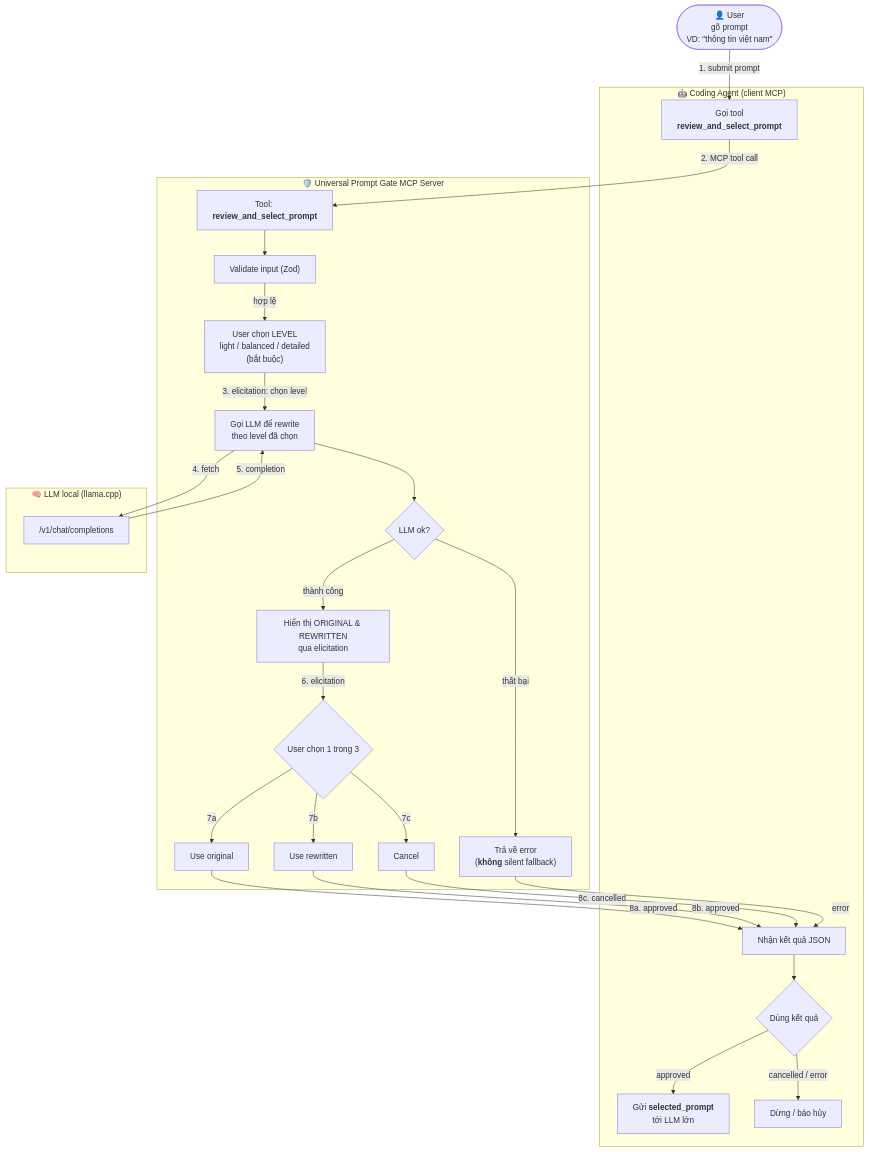
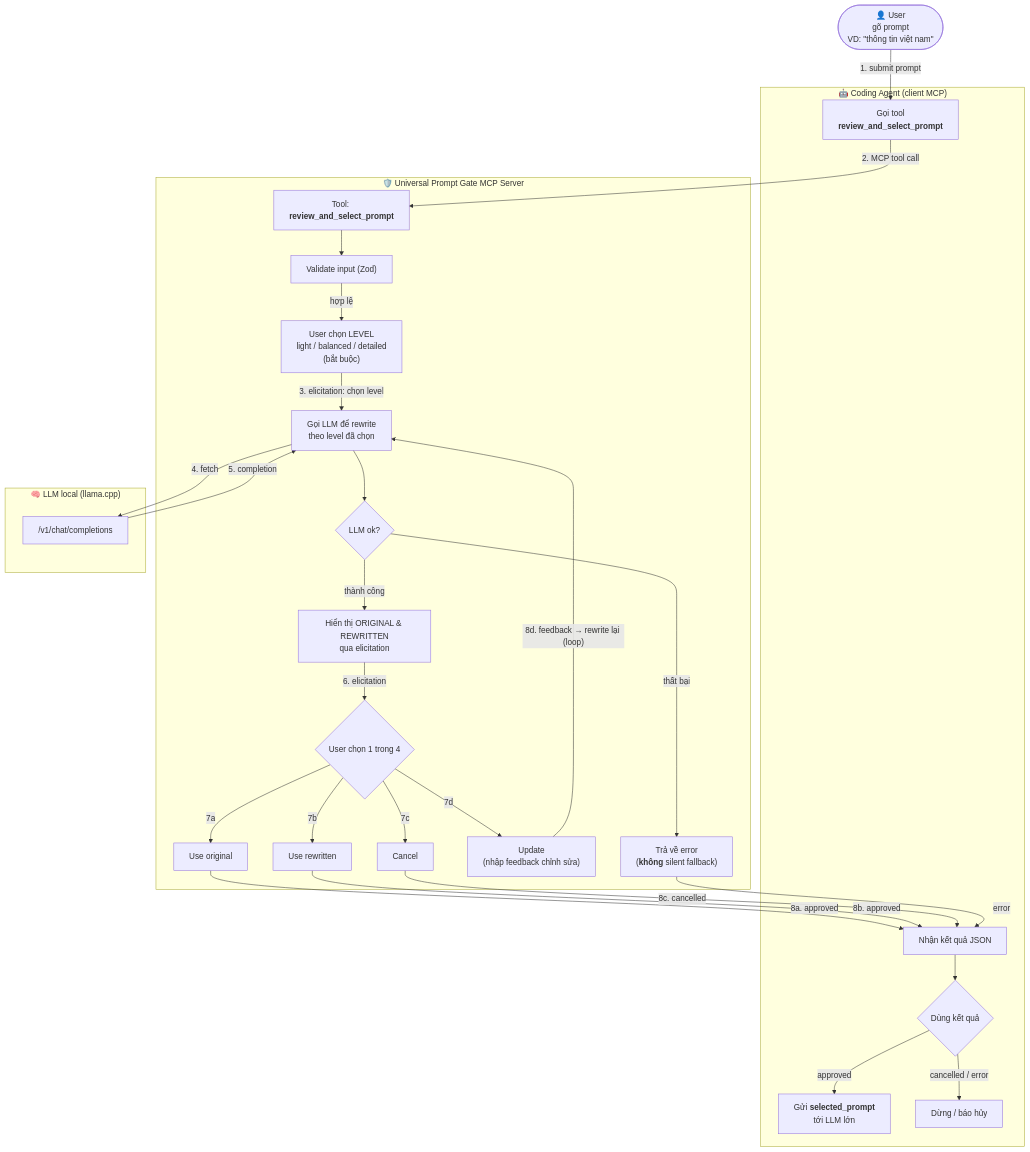
One commit to nbhson/tool-prompt-rewrite-mcp changed the diagram in docs/ARCHITECTURE.md. Above: the diagram before and after it, drawn with Mermaid. The commit also changed other lines of this file and 15 other files, not shown here.

````diff
--- a/docs/ARCHITECTURE.md
+++ b/docs/ARCHITECTURE.md
@@ -126,52 +127,55 @@
 ```mermaid
 flowchart TD
   U(["👤 User<br/>gõ prompt<br/>VD: &quot;thông tin việt nam&quot;"])
 
   subgraph AGENT["🤖 Coding Agent (client MCP)"]
     A1["Gọi tool<br/><b>review_and_select_prompt</b>"]
     A3["Nhận kết quả JSON"]
     A4{"Dùng kết quả"}
     AOK["Gửi <b>selected_prompt</b><br/>tới LLM lớn"]
     ASTOP["Dừng / báo hủy"]
   end
 
   subgraph MCP["🛡️ Universal Prompt Gate MCP Server"]
     T["Tool: <b>review_and_select_prompt</b>"]
     V["Validate input (Zod)"]
     LP["User chọn LEVEL<br/>light / balanced / detailed<br/>(bắt buộc)"]
     R["Gọi LLM để rewrite<br/>theo level đã chọn"]
     RM{"LLM ok?"}
     RE["Trả về error<br/>(<b>không</b> silent fallback)"]
     E["Hiển thị ORIGINAL &amp; REWRITTEN<br/>qua elicitation"]
-    CHOICE{"User chọn 1 trong 3"}
+    CHOICE{"User chọn 1 trong 4"}
     O1["Use original"]
     O2["Use rewritten"]
+    O4["Update<br/>(nhập feedback chỉnh sửa)"]
     O3["Cancel"]
   end
 
   subgraph LLM["🧠 LLM local (llama.cpp)"]
     L1["/v1/chat/completions"]
   end
 
   U -->|"1. submit prompt"| A1
   A1 -->|"2. MCP tool call"| T
   T --> V
   V -->|"hợp lệ"| LP
   LP -->|"3. elicitation: chọn level"| R
   R -->|4. fetch| L1
   L1 -->|5. completion| R
   R --> RM
   RM -->|thất bại| RE
   RM -->|thành công| E
   E -->|6. elicitation| CHOICE
   CHOICE -->|7a| O1
   CHOICE -->|7b| O2
+  CHOICE -->|7d| O4
   CHOICE -->|7c| O3
+  O4 -->|"8d. feedback → rewrite lại (loop)"| R
   O1 -->|8a. approved| A3
   O2 -->|8b. approved| A3
   O3 -->|8c. cancelled| A3
   RE -->|error| A3
   A3 --> A4
   A4 -->|"approved"| AOK
   A4 -->|"cancelled / error"| ASTOP
 ```
````
